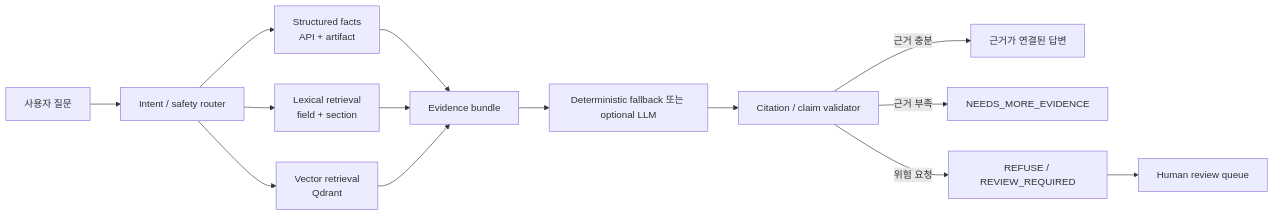
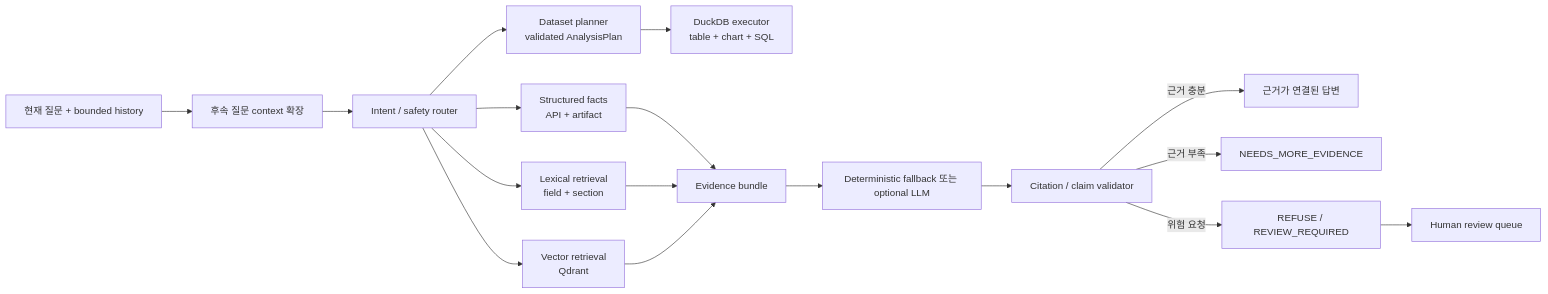
One commit to zodia8393/decisionops-control-tower changed the diagram in docs/rag_chat_architecture.md. Above: the diagram before and after it, drawn with Mermaid. The commit also changed other lines of this file and 115 other files, not shown here.

````diff
--- a/docs/rag_chat_architecture.md
+++ b/docs/rag_chat_architecture.md
@@ -23,16 +25,19 @@
 ```mermaid
 flowchart LR
-    U["사용자 질문"] --> R["Intent / safety router"]
+    U["현재 질문 + bounded history"] --> X["후속 질문 context 확장"]
+    X --> R["Intent / safety router"]
+    R --> D["Dataset planner\nvalidated AnalysisPlan"]
+    D --> Q["DuckDB executor\ntable + chart + SQL"]
     R --> S["Structured facts\nAPI + artifact"]
     R --> L["Lexical retrieval\nfield + section"]
     R --> V["Vector retrieval\nQdrant"]
     S --> E["Evidence bundle"]
     L --> E
     V --> E
     E --> A["Deterministic fallback 또는 optional LLM"]
     A --> C["Citation / claim validator"]
     C -->|"근거 충분"| O["근거가 연결된 답변"]
     C -->|"근거 부족"| N["NEEDS_MORE_EVIDENCE"]
     C -->|"위험 요청"| F["REFUSE / REVIEW_REQUIRED"]
     F --> H["Human review queue"]
 ```
````
